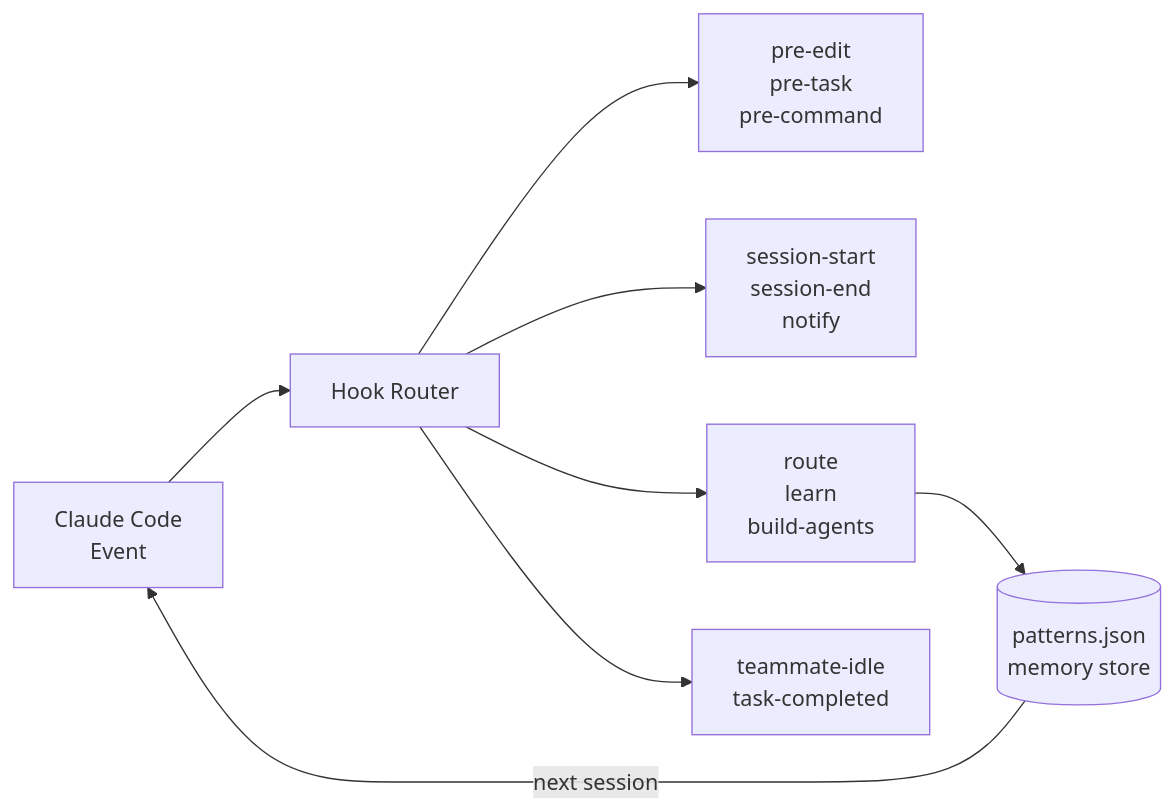
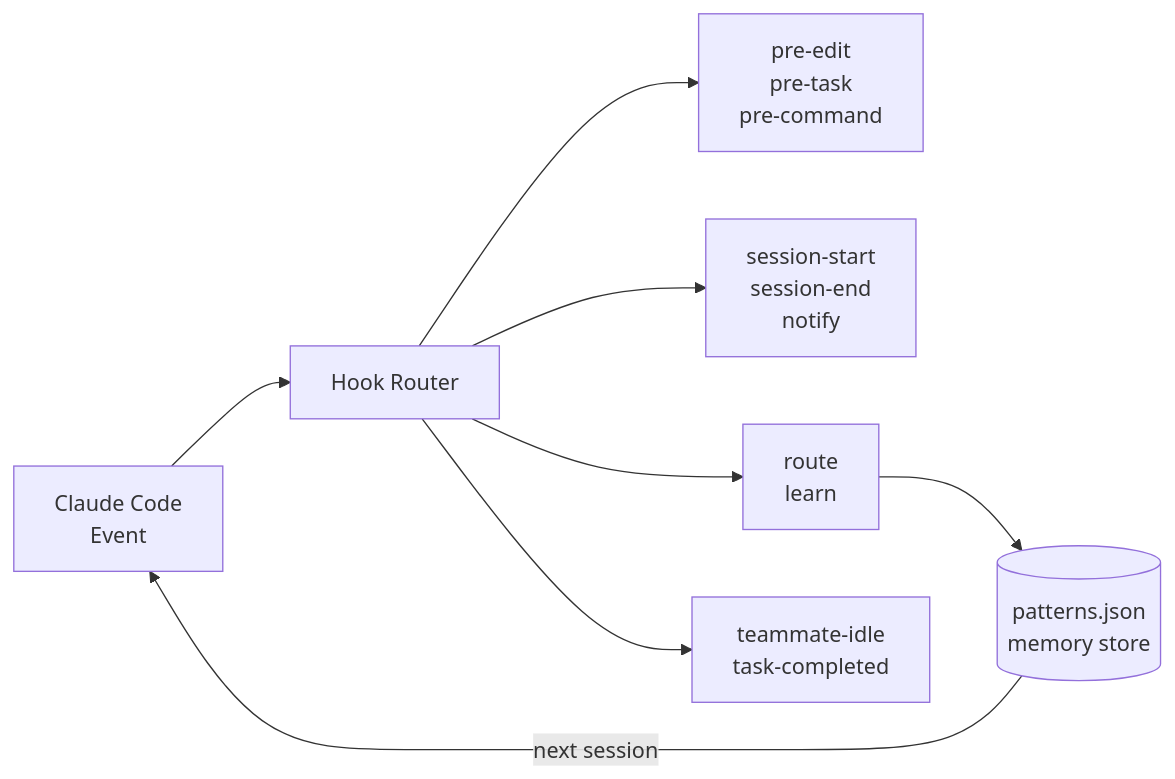
One commit to monoes/monomind changed the fourth of 5 diagrams in README.md. Above: the diagram before and after it, drawn with Mermaid. The commit also changed other lines of this file and 125 other files, not shown here.

````diff
--- a/README.md
+++ b/README.md
@@ -318,11 +318,11 @@
 ```mermaid
 flowchart LR
     CE["Claude Code\nEvent"] --> H["Hook Router"]
     H --> P["pre-edit\npre-task\npre-command"]
     H --> SS["session-start\nsession-end\nnotify"]
-    H --> I["route\nlearn\nbuild-agents"]
+    H --> I["route\nlearn"]
     H --> T["teammate-idle\ntask-completed"]
 
     I --> DB[("patterns.json\nmemory store")]
     DB -->|next session| CE
 ```
````
